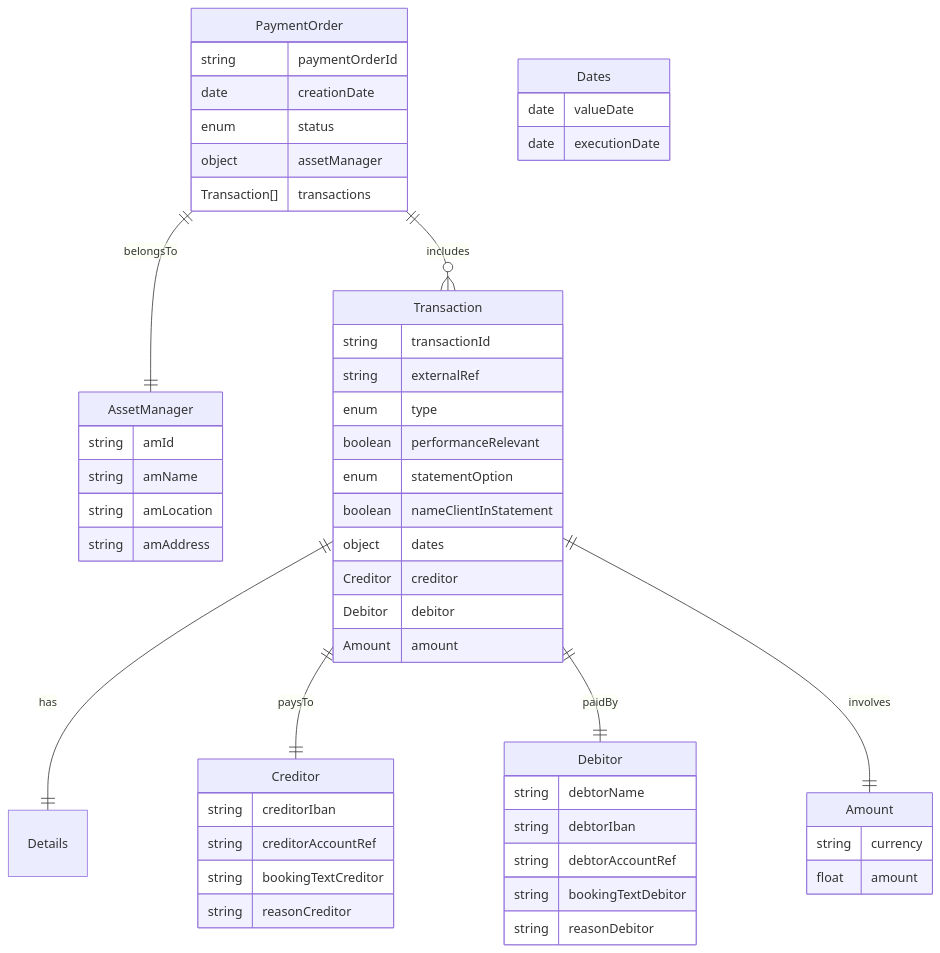
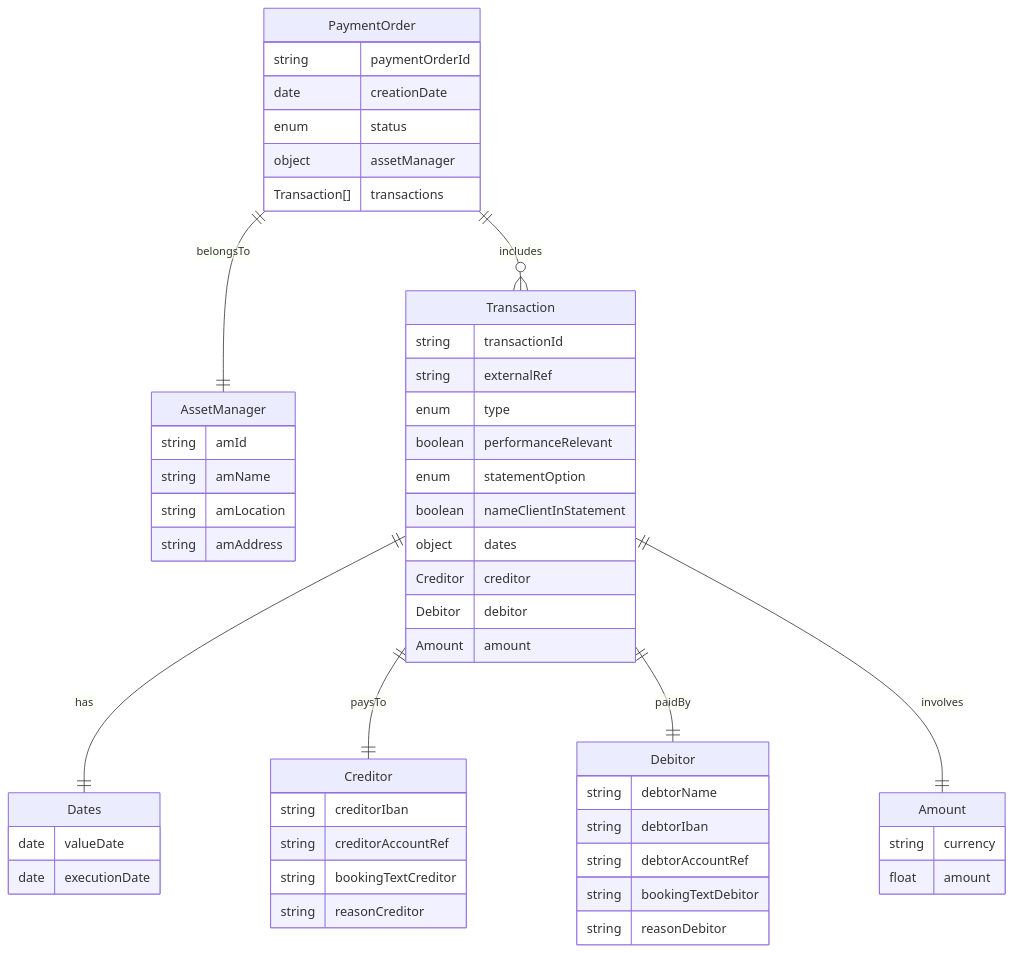
Before and after one commit to OWGreg/OpenWealth_Fee_API_Design: the diagram in model.md, drawn with Mermaid.

````diff
--- a/model.md
+++ b/model.md
@@ -3,63 +3,63 @@
 ```mermaid
 erDiagram
 
     PaymentOrder {
         string paymentOrderId
         date creationDate
         enum status
         object assetManager
         Transaction[] transactions
     }
 
     AssetManager {
         string amId
         string amName
         string amLocation
         string amAddress
     }
 
     Transaction {
         string transactionId
         string externalRef
         enum type
         boolean performanceRelevant
         enum statementOption
         boolean nameClientInStatement
         object dates
         Creditor creditor
         Debitor debitor
         Amount amount
     }
 
     Dates {
         date valueDate
         date executionDate
     }
 
     Creditor {
         string creditorIban
         string creditorAccountRef
         string bookingTextCreditor
         string reasonCreditor
     }
 
     Debitor {
         string debtorName
         string debtorIban
         string debtorAccountRef
         string bookingTextDebitor
         string reasonDebitor
     }
 
     Amount {
         string currency
         float amount
     }
 
     PaymentOrder ||--|| AssetManager : belongsTo
     PaymentOrder ||--o{ Transaction : includes
-    Transaction ||--|| Details : has
+    Transaction ||--|| Dates : has
     Transaction ||--|| Creditor : paysTo
     Transaction ||--|| Debitor : paidBy
     Transaction ||--|| Amount : involves
 ```
````
